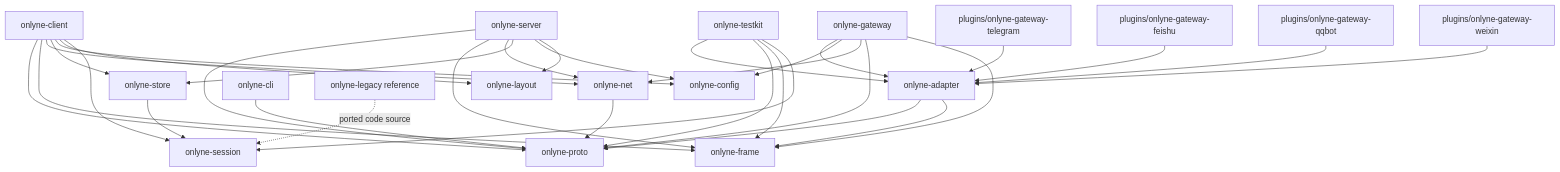
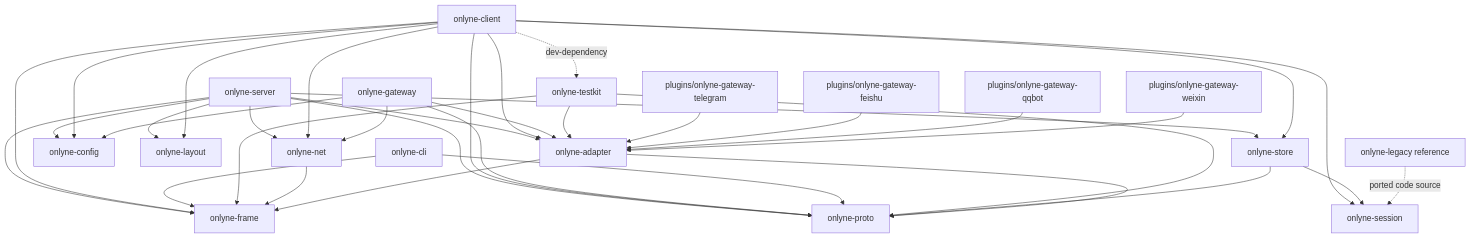
Before and after one commit to dbydd/onlyne: the diagram in docs/v1-ARCHITECTURE.md, drawn with Mermaid. The commit also changed other lines of this file and 316 other files, not shown here.

First line of the commit message:
checkpoint: wave 2 green on frame, net, cli, adapter, config, store, session

````diff
--- a/docs/v1-ARCHITECTURE.md
+++ b/docs/v1-ARCHITECTURE.md
@@ -9,35 +9,38 @@
 ```mermaid
 graph TD
   server[onlyne-server] --> proto[onlyne-proto]
   server --> frame[onlyne-frame]
   server --> net[onlyne-net]
   server --> store[onlyne-store]
   server --> config[onlyne-config]
   server --> layout[onlyne-layout]
+  server --> adapter[onlyne-adapter]
   client[onlyne-client] --> proto
   client --> frame
   client --> net
   client --> store
   client --> config
   client --> layout
   client --> session[onlyne-session]
-  gateway[onlyne-gateway] --> adapter[onlyne-adapter]
-  gateway --> config[onlyne-config]
-  gateway --> net[onlyne-net]
+  client --> adapter
+  client -. dev-dependency .-> testkit[onlyne-testkit]
+  gateway[onlyne-gateway] --> adapter
+  gateway --> config
+  gateway --> net
   gateway --> proto
-  gateway --> frame
   cli[onlyne-cli] --> proto
-  testkit[onlyne-testkit] --> adapter
+  cli --> frame
+  testkit --> adapter
   testkit --> proto
   testkit --> frame
-  testkit --> session
+  store --> proto
   store --> session
-  net --> proto
+  net --> frame
   adapter --> proto
   adapter --> frame
   telegram[plugins/onlyne-gateway-telegram] --> adapter
   feishu[plugins/onlyne-gateway-feishu] --> adapter
   qqbot[plugins/onlyne-gateway-qqbot] --> adapter
   weixin[plugins/onlyne-gateway-weixin] --> adapter
   legacy[onlyne-legacy reference] -. ported code source .-> session
 ```
````
